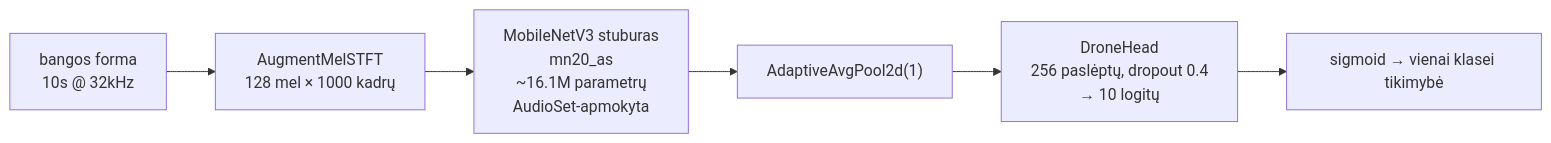
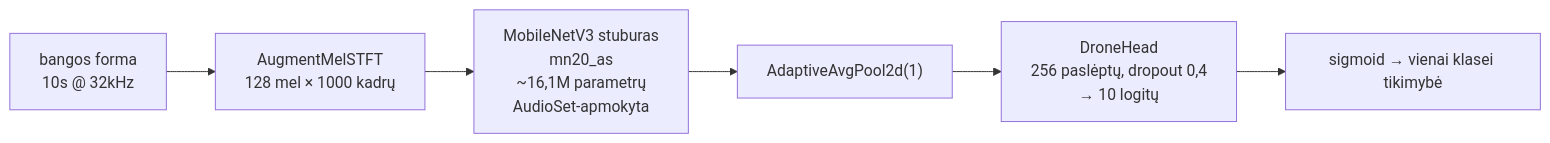
Before and after one commit to itohio/itohio.github.io: the second of 5 diagrams in blog/content/fpv/drone-detector-nn/index.lt.md, drawn with Mermaid. The commit also changed other lines of this file and 1 other file, not shown here.

First line of the commit message:
lt: review and correct diy-color-chart and drone-detector-nn

````diff
--- a/blog/content/fpv/drone-detector-nn/index.lt.md
+++ b/blog/content/fpv/drone-detector-nn/index.lt.md
@@ -117,11 +117,11 @@
 ```mermaid
 graph LR
     W["bangos forma\n10s @ 32kHz"]
     MEL["AugmentMelSTFT\n128 mel × 1000 kadrų"]
-    BB["MobileNetV3 stuburas\nmn20_as\n~16.1M parametrų\nAudioSet-apmokyta"]
+    BB["MobileNetV3 stuburas\nmn20_as\n~16,1M parametrų\nAudioSet-apmokyta"]
     POOL["AdaptiveAvgPool2d(1)"]
-    HEAD["DroneHead\n256 paslėptų, dropout 0.4\n→ 10 logitų"]
+    HEAD["DroneHead\n256 paslėptų, dropout 0,4\n→ 10 logitų"]
     OUT["sigmoid → vienai klasei tikimybė"]
 
     W --> MEL --> BB --> POOL --> HEAD --> OUT
 ```
````
